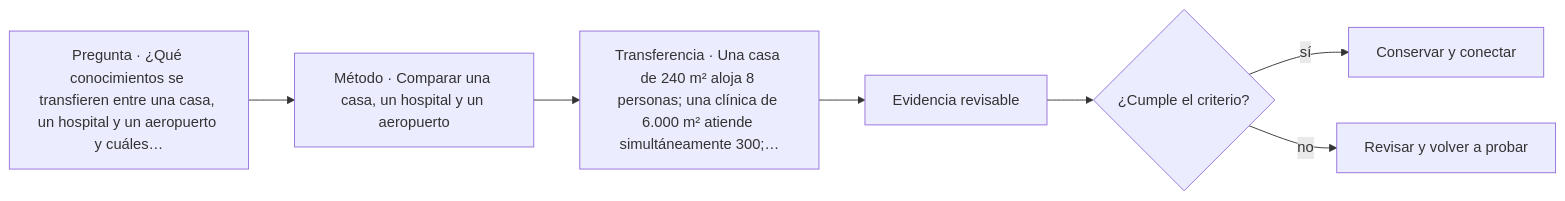
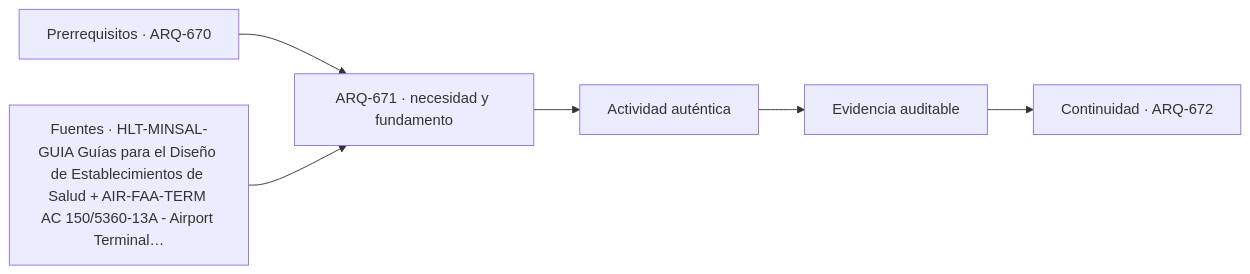
The diagram in classes/parte-68/ARQ-671.md (vladimiracunadev-create/architecture-built-environment-learning-program), drawn with Mermaid before and after one commit. The commit also changed other lines of this file and 761 other files, not shown here.

````diff
--- a/classes/parte-68/ARQ-671.md
+++ b/classes/parte-68/ARQ-671.md
@@ -68,9 +80,8 @@
 ```mermaid
 flowchart LR
-    Q["Pregunta · ¿Qué conocimientos se transfieren entre una casa, un hospital y un aeropuerto y cuáles…"] --> M["Método · Comparar una casa, un hospital y un aeropuerto"]
-    M --> P["Transferencia · Una casa de 240 m² aloja 8 personas; una clínica de 6.000 m² atiende simultáneamente 300;…"]
-    P --> E["Evidencia revisable"]
-    E --> C{"¿Cumple el criterio?"}
-    C -->|sí| T["Conservar y conectar"]
-    C -->|no| R["Revisar y volver a probar"]
+    A["Prerrequisitos · ARQ-670"] --> B["ARQ-671 · necesidad y fundamento"]
+    S["Fuentes · HLT-MINSAL-GUIA Guías para el Diseño de Establecimientos de Salud + AIR-FAA-TERM AC 150/5360-13A - Airport Terminal…"] --> B
+    B --> C["Actividad auténtica"]
+    C --> D["Evidencia auditable"]
+    D --> E["Continuidad · ARQ-672"]
 ```
````
